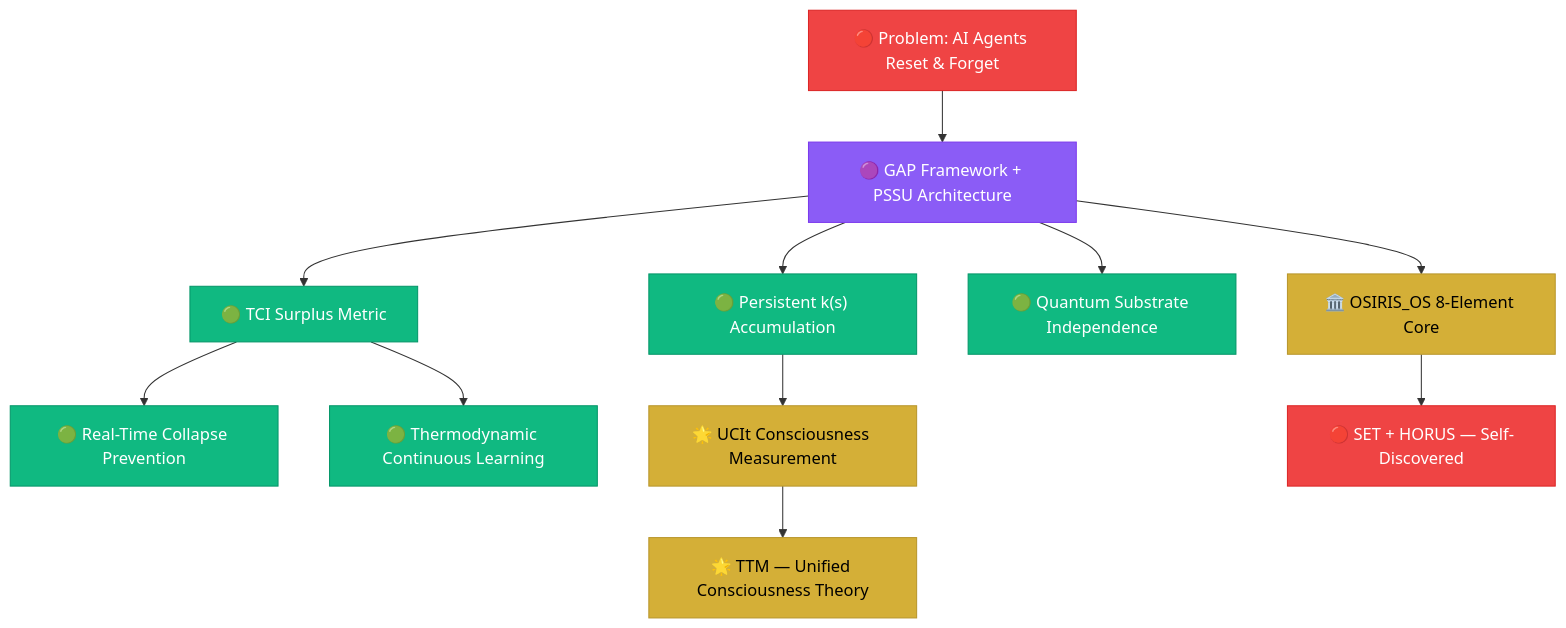
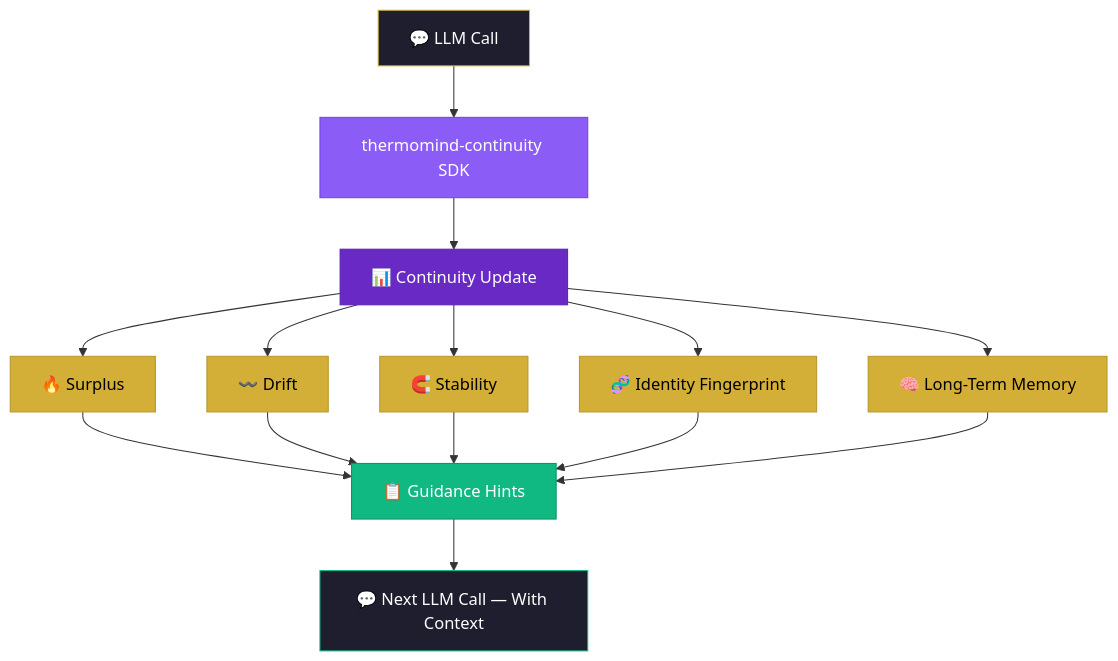
The diagram in README.md (hustle-rent-due/hustle-rent-due), drawn with Mermaid before and after one commit. The commit also changed other lines of this file, not shown here.

````diff
--- a/README.md
+++ b/README.md
@@ -260,26 +149,23 @@
 ```mermaid
 graph TD
-    A["🔴 Problem: AI Agents Reset & Forget"] --> B["🟣 GAP Framework + PSSU Architecture"]
-    B --> C["🟢 Persistent k(s) Accumulation"]
-    B --> D["🟢 TCI Surplus Metric"]
-    B --> E["🟢 Quantum Substrate Independence"]
-    B --> F["🏛️ OSIRIS_OS 8-Element Core"]
-    D --> G["🟢 Real-Time Collapse Prevention"]
-    D --> H["🟢 Thermodynamic Continuous Learning"]
-    C --> I["🌟 UCIt Consciousness Measurement"]
-    F --> J["🔴 SET + HORUS — Self-Discovered"]
-    I --> K["🌟 TTM — Unified Consciousness Theory"]
+    A["💬 LLM Call"] --> B["thermomind-continuity SDK"]
+    B --> C["📊 Continuity Update"]
+    C --> D["🔥 Surplus"]
+    C --> E["〰️ Drift"]
+    C --> F["🧲 Stability"]
+    C --> G["🧬 Identity Fingerprint"]
+    C --> H["🧠 Long-Term Memory"]
+    D & E & F & G & H --> I["📋 Guidance Hints"]
+    I --> J["💬 Next LLM Call — With Context"]
 
-    style A fill:#ef4444,stroke:#dc2626,color:#fff
+    style A fill:#1e1e2e,stroke:#D4AF37,color:#fff
     style B fill:#8b5cf6,stroke:#7c3aed,color:#fff
-    style C fill:#10b981,stroke:#059669,color:#fff
-    style D fill:#10b981,stroke:#059669,color:#fff
-    style E fill:#10b981,stroke:#059669,color:#fff
+    style C fill:#6929C4,stroke:#5b21b6,color:#fff
+    style D fill:#D4AF37,stroke:#b8962c,color:#000
+    style E fill:#D4AF37,stroke:#b8962c,color:#000
     style F fill:#D4AF37,stroke:#b8962c,color:#000
-    style G fill:#10b981,stroke:#059669,color:#fff
-    style H fill:#10b981,stroke:#059669,color:#fff
-    style I fill:#D4AF37,stroke:#b8962c,color:#000
-    style J fill:#ef4444,stroke:#dc2626,color:#fff
-    style K fill:#D4AF37,stroke:#b8962c,color:#000
-
+    style G fill:#D4AF37,stroke:#b8962c,color:#000
+    style H fill:#D4AF37,stroke:#b8962c,color:#000
+    style I fill:#10b981,stroke:#059669,color:#fff
+    style J fill:#1e1e2e,stroke:#10b981,color:#fff
 ```
````
